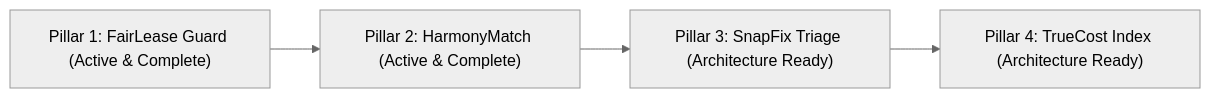
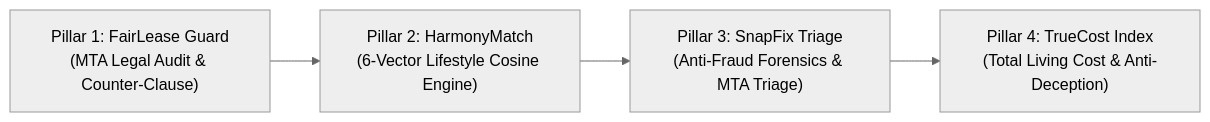
Before and after one commit to Heshvi1307/Nestmate: the second of 2 diagrams in RENTFAIR_AI_SYSTEM_REPORT.md, drawn with Mermaid (neutral theme). The commit also changed other lines of this file and 7 other files, not shown here.

First line of the commit message:
feat(truecost): implement Pillar 4 TrueCost Index living cost & anti-deception engine

````diff
--- a/RENTFAIR_AI_SYSTEM_REPORT.md
+++ b/RENTFAIR_AI_SYSTEM_REPORT.md
@@ -436,6 +438,6 @@
 ```mermaid
 flowchart LR
-    P1["Pillar 1: FairLease Guard (Active & Complete)"] --> P2["Pillar 2: HarmonyMatch (Active & Complete)"]
-    P2 --> P3["Pillar 3: SnapFix Triage (Architecture Ready)"]
-    P3 --> P4["Pillar 4: TrueCost Index (Architecture Ready)"]
+    P1["Pillar 1: FairLease Guard\n(MTA Legal Audit & Counter-Clause)"] --> P2["Pillar 2: HarmonyMatch\n(6-Vector Lifestyle Cosine Engine)"]
+    P2 --> P3["Pillar 3: SnapFix Triage\n(Anti-Fraud Forensics & MTA Triage)"]
+    P3 --> P4["Pillar 4: TrueCost Index\n(Total Living Cost & Anti-Deception)"]
 ```
````
